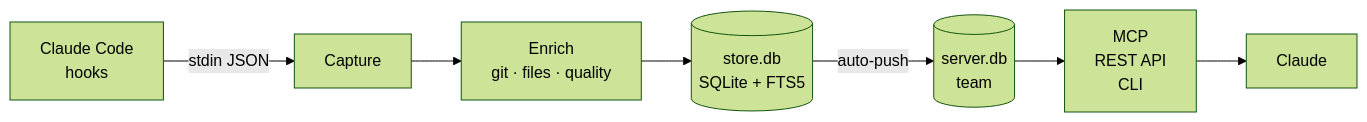
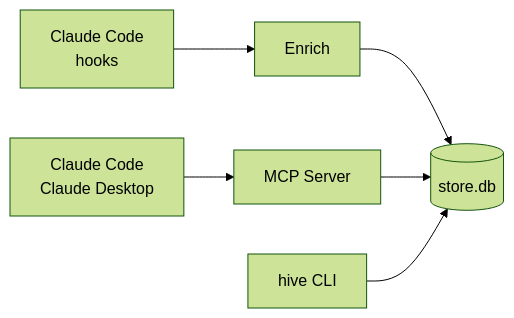
The diagram in docs/index.md (sabre-ai/hive), drawn with Mermaid (forest theme) before and after one commit. The commit also changed other lines of this file and 1 other file, not shown here.

Commit message:
Fix arrow directions in architecture diagrams (#29)
## Summary
- Fix solo mode diagram: arrows point from CLI/MCP **into** store.db
(read path), write path flows left to right
- Fix team mode diagram: correct REST API → server.db direction, show
full write path per developer, connect Claude Code/Desktop through MCP
Server
- Landing page: replace old full-pipeline diagram with solo mode view,
link to architecture for team mode details

## Test plan
- [ ] `mkdocs serve` — verify solo and team mode diagrams render
correctly
- [ ] Landing page diagram renders as solo mode with correct arrow
directions

🤖 Generated with [Claude Code](https://claude.com/claude-code)

````diff
--- a/docs/index.md
+++ b/docs/index.md
@@ -44,9 +44,7 @@
 ```mermaid
 flowchart LR
-    A[Claude Code<br/>hooks] -->|stdin JSON| B[Capture]
-    B --> C[Enrich<br/>git · files · quality]
-    C --> D[(store.db<br/>SQLite + FTS5)]
-    D -->|auto-push| E[(server.db<br/>team)]
-    E --> F[MCP<br/>REST API<br/>CLI]
-    F --> G[Claude]
+    CC[Claude Code<br/>hooks] --> E[Enrich] --> DB[(store.db)]
+    MCP[MCP Server] --> DB
+    Claude[Claude Code<br/>Claude Desktop] --> MCP
+    CLI[hive CLI] --> DB
 ```
````
